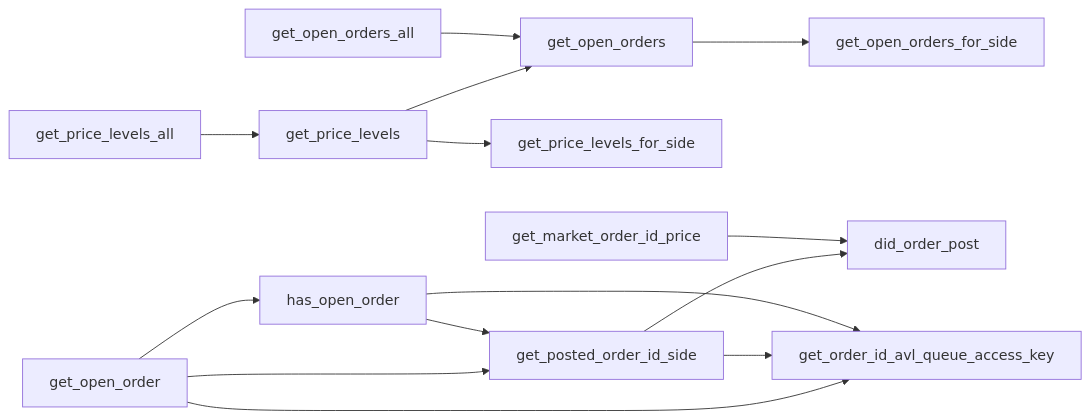
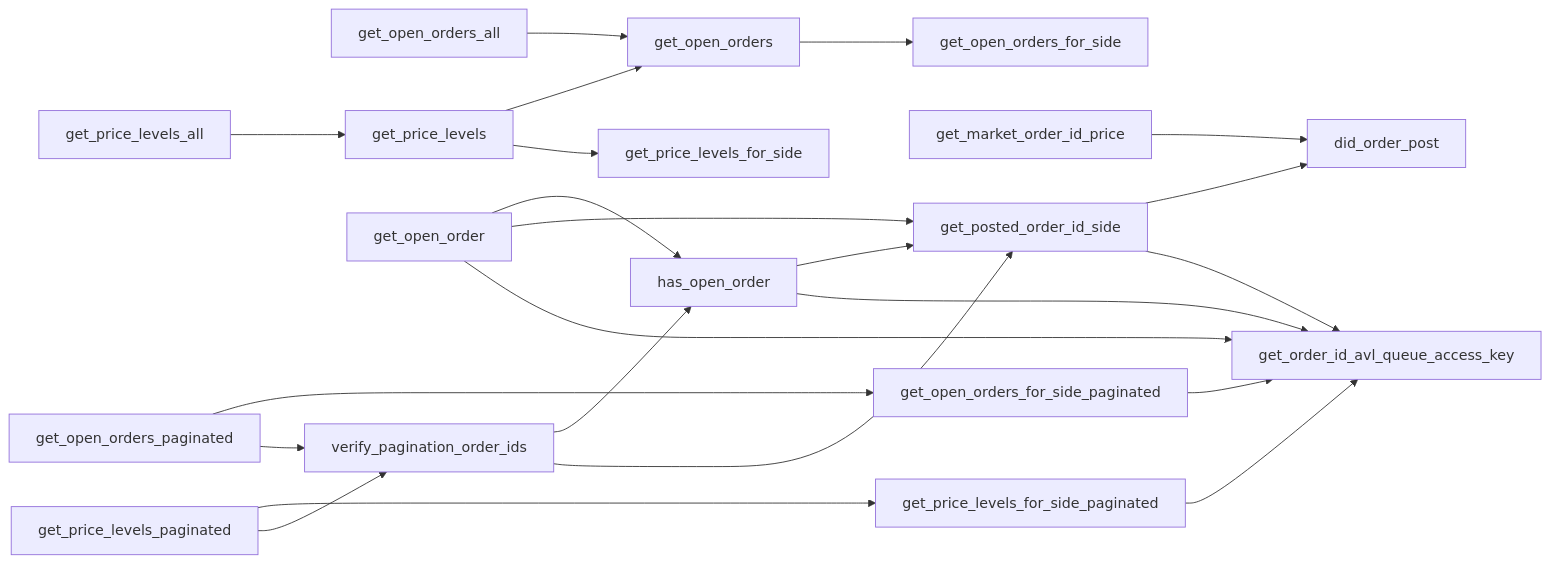
One commit to econia-labs/econia changed the sixth of 10 diagrams in src/move/econia/doc/market.md. Above: the diagram before and after it, drawn with Mermaid. The commit also changed other lines of this file and 323 other files, not shown here.

````diff
--- a/src/move/econia/doc/market.md
+++ b/src/move/econia/doc/market.md
@@ -369,19 +371,29 @@
 ```mermaid
 
 flowchart LR
 
+get_open_orders --> get_open_orders_for_side
+get_open_orders_all --> get_open_orders
 get_price_levels --> get_open_orders
 get_price_levels --> get_price_levels_for_side
+get_market_order_id_price --> did_order_post
 get_price_levels_all --> get_price_levels
 get_open_order --> has_open_order
 get_open_order --> get_posted_order_id_side
 get_open_order --> get_order_id_avl_queue_access_key
 get_posted_order_id_side --> did_order_post
 get_posted_order_id_side --> get_order_id_avl_queue_access_key
 has_open_order --> get_posted_order_id_side
 has_open_order --> get_order_id_avl_queue_access_key
-get_open_orders --> get_open_orders_for_side
-get_open_orders_all --> get_open_orders
-get_market_order_id_price --> did_order_post
+get_open_orders_paginated --> get_open_orders_for_side_paginated
+get_open_orders_paginated --> verify_pagination_order_ids
+get_open_orders_for_side_paginated -->
+get_order_id_avl_queue_access_key
+get_price_levels_paginated --> get_price_levels_for_side_paginated
+get_price_levels_paginated --> verify_pagination_order_ids
+get_price_levels_for_side_paginated -->
+get_order_id_avl_queue_access_key
+verify_pagination_order_ids --> has_open_order
+verify_pagination_order_ids --> get_posted_order_id_side
 
 ```
````
